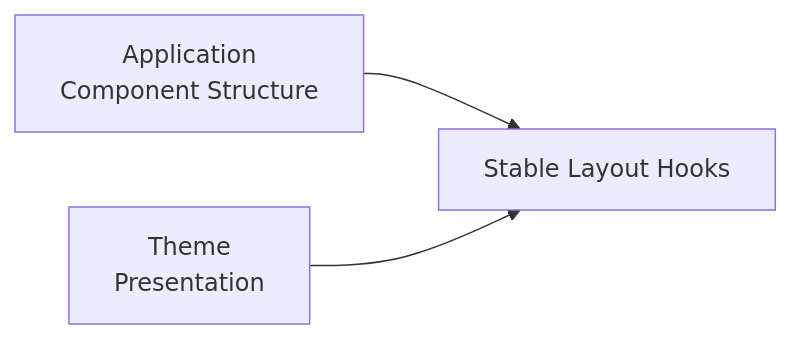
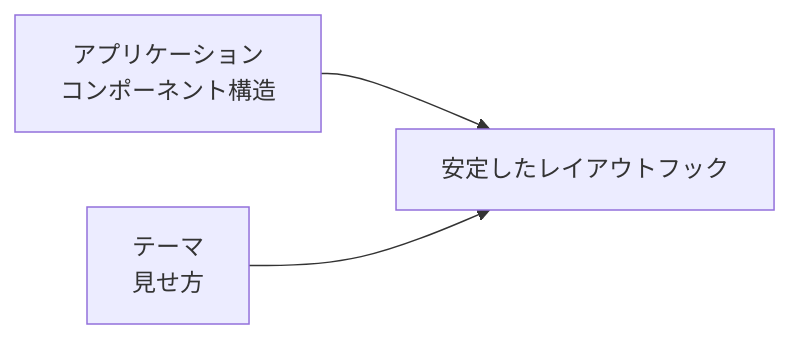
Before and after one commit to Rerurate514/riebeckite: the diagram in docs/docs/framework/theme-system/typography.ja.md, drawn with Mermaid. The commit also changed other lines of this file and 310 other files, not shown here.

````diff
--- a/docs/docs/framework/theme-system/typography.ja.md
+++ b/docs/docs/framework/theme-system/typography.ja.md
@@ -49,9 +34,9 @@
 ```mermaid id="6oqsru"
 flowchart LR
-    App["Application<br/>Component Structure"]
-    Hooks["Stable Layout Hooks"]
-    Theme["Theme<br/>Presentation"]
+    App["アプリケーション<br/>コンポーネント構造"]
+    Hooks["安定したレイアウトフック"]
+    Theme["テーマ<br/>見せ方"]
 
     App --> Hooks
     Theme --> Hooks
 ```
````
